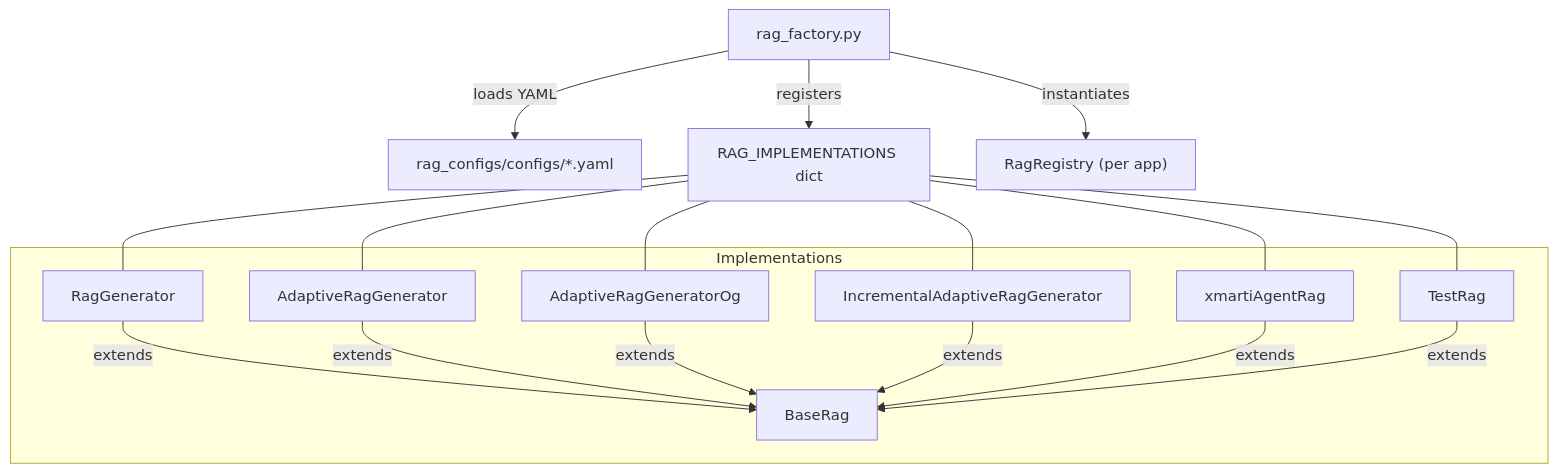
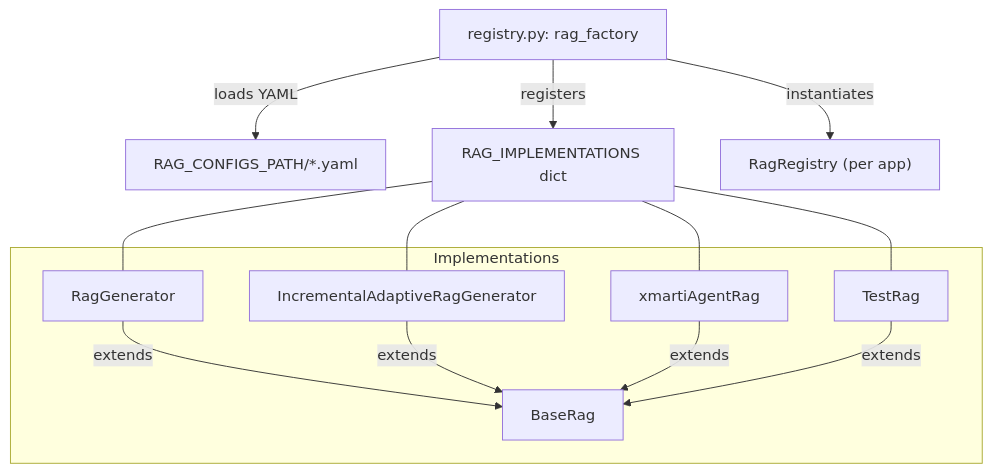
One commit to DCGM/semant-demo changed the fourth of 5 diagrams in docs/ARCHITECTURE.md. Above: the diagram before and after it, drawn with Mermaid. The commit also changed other lines of this file and 68 other files, not shown here.

````diff
--- a/docs/ARCHITECTURE.md
+++ b/docs/ARCHITECTURE.md
@@ -257,17 +267,15 @@
 ```mermaid
 flowchart TD
-    FACTORY[rag_factory.py] -->|loads YAML| CONFIGS[rag_configs/configs/*.yaml]
+    FACTORY["registry.py: rag_factory"] -->|loads YAML| CONFIGS["RAG_CONFIGS_PATH/*.yaml"]
     FACTORY -->|registers| REGISTRY["RAG_IMPLEMENTATIONS dict"]
     FACTORY -->|instantiates| INSTANCES["RagRegistry (per app)"]
 
     subgraph Implementations
         RG[RagGenerator] -->|extends| BASE[BaseRag]
-        ARG[AdaptiveRagGenerator] -->|extends| BASE
-        AOG[AdaptiveRagGeneratorOg] -->|extends| BASE
         IR[IncrementalAdaptiveRagGenerator] -->|extends| BASE
         AR[xmartiAgentRag] -->|extends| BASE
         TR[TestRag] -->|extends| BASE
     end
 
-    REGISTRY --- RG & ARG & AOG & IR & AR & TR
+    REGISTRY --- RG & IR & AR & TR
 ```
````
